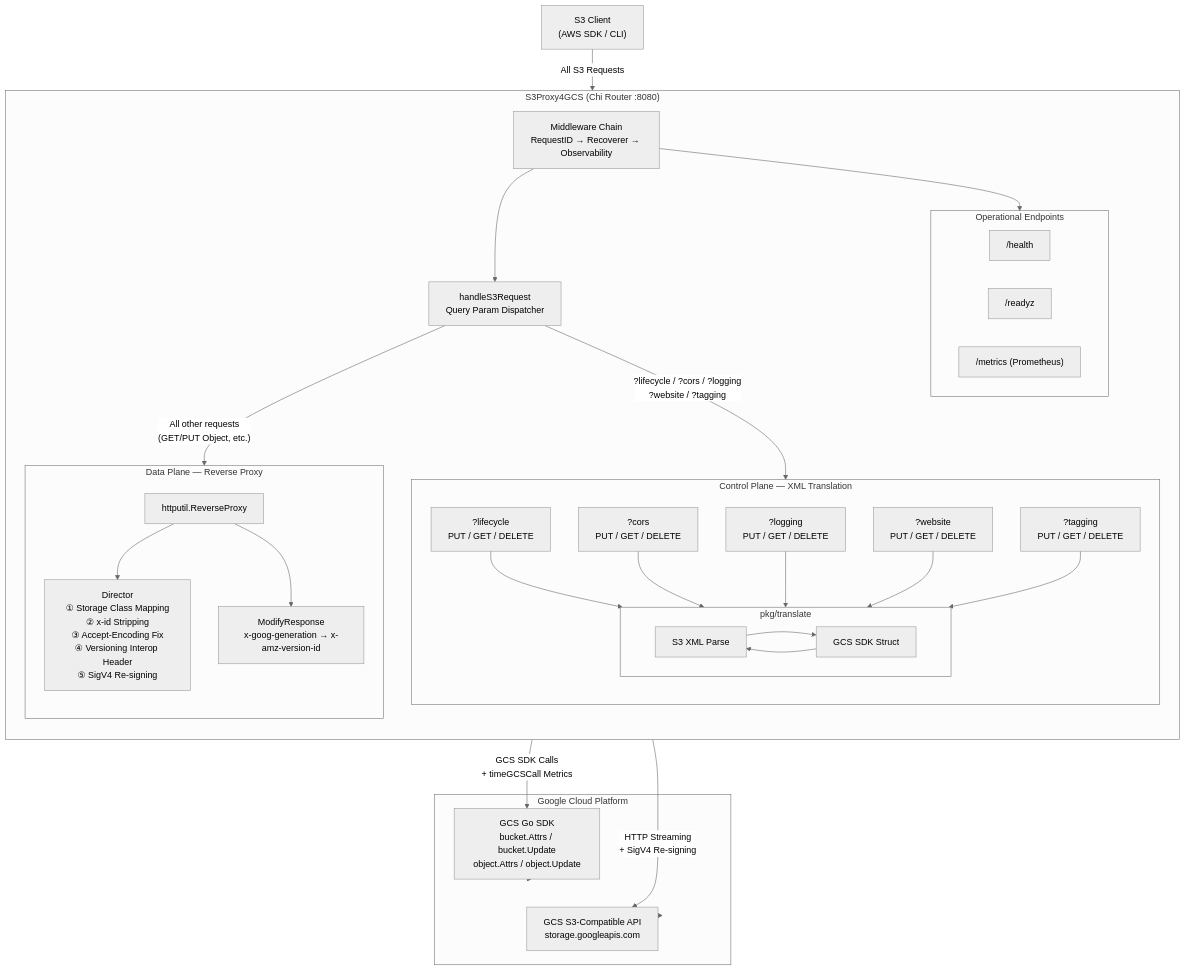
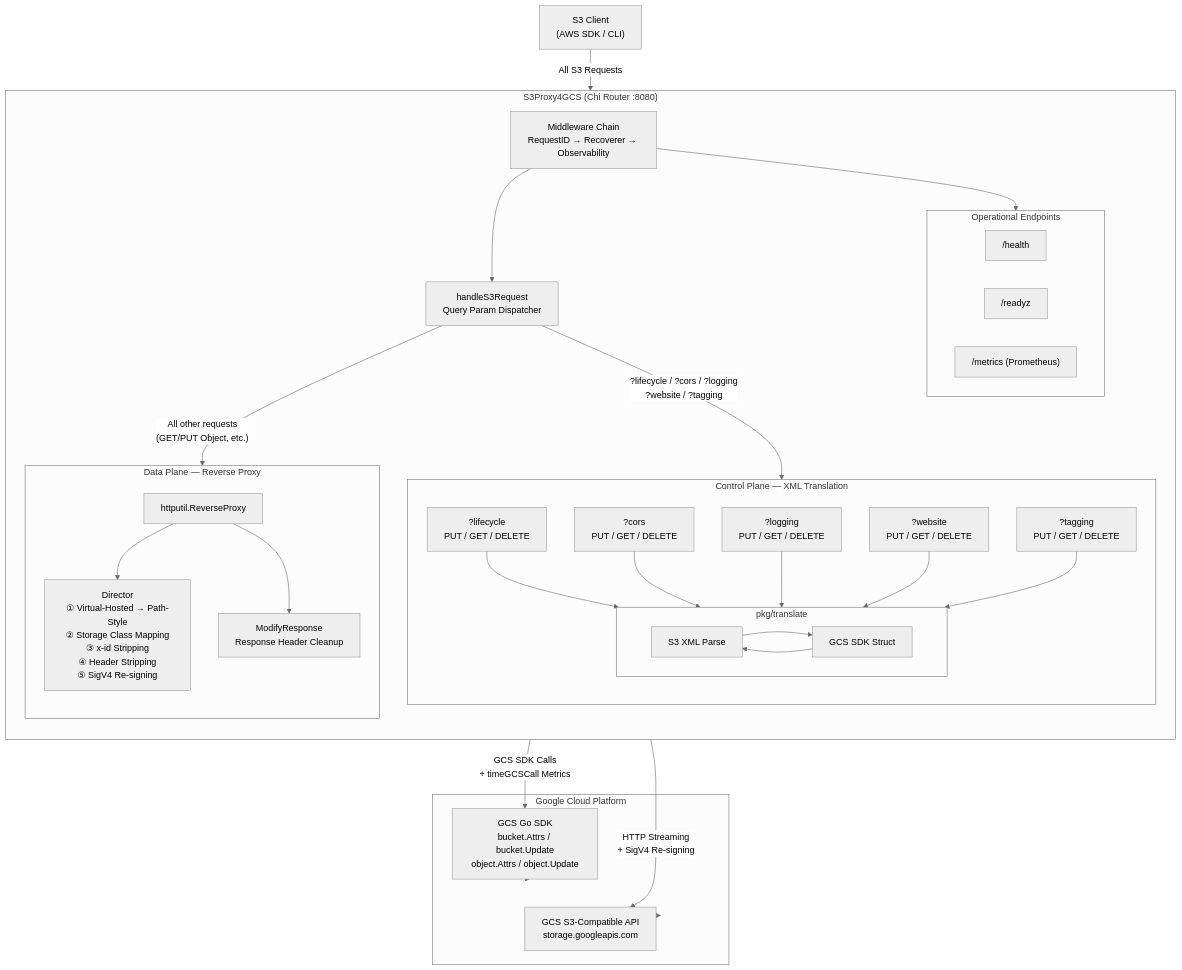
Before and after one commit to flying1574/S3Proxy4GCS: the diagram in README.md, drawn with Mermaid (neutral theme). The commit also changed other lines of this file and 3 other files, not shown here.

````diff
--- a/README.md
+++ b/README.md
@@ -98,67 +52,67 @@
 ```mermaid
 graph TB
     Client["S3 Client<br/>(AWS SDK / CLI)"]
 
     subgraph Proxy["S3Proxy4GCS (Chi Router :8080)"]
         direction TB
 
         MW["Middleware Chain<br/>RequestID → Recoverer → Observability"]
 
         subgraph Ops["Operational Endpoints"]
             Health["/health"]
             Readyz["/readyz"]
             Metrics["/metrics (Prometheus)"]
         end
 
         Router["handleS3Request<br/>Query Param Dispatcher"]
 
         subgraph ControlPlane["Control Plane — XML Translation"]
             direction TB
             LC["?lifecycle<br/>PUT / GET / DELETE"]
             CORS["?cors<br/>PUT / GET / DELETE"]
             LOG["?logging<br/>PUT / GET / DELETE"]
             WEB["?website<br/>PUT / GET / DELETE"]
             TAG["?tagging<br/>PUT / GET / DELETE"]
 
             subgraph Translate["pkg/translate"]
                 S3XML["S3 XML Parse"]
                 GCSJSON["GCS SDK Struct"]
                 S3XML --> GCSJSON
                 GCSJSON --> S3XML
             end
         end
 
         subgraph DataPlane["Data Plane — Reverse Proxy"]
             direction TB
             RP["httputil.ReverseProxy"]
-            Director["Director<br/>① Storage Class Mapping<br/>② x-id Stripping<br/>③ Accept-Encoding Fix<br/>④ Versioning Interop Header<br/>⑤ SigV4 Re-signing"]
-            ModResp["ModifyResponse<br/>x-goog-generation → x-amz-version-id"]
+            Director["Director<br/>① Virtual-Hosted → Path-Style<br/>② Storage Class Mapping<br/>③ x-id Stripping<br/>④ Header Stripping<br/>⑤ SigV4 Re-signing"]
+            ModResp["ModifyResponse<br/>Response Header Cleanup"]
             RP --> Director
             RP --> ModResp
         end
     end
 
     subgraph GCP["Google Cloud Platform"]
         GCSSDK["GCS Go SDK<br/>bucket.Attrs / bucket.Update<br/>object.Attrs / object.Update"]
         GCSS3["GCS S3-Compatible API<br/>storage.googleapis.com"]
     end
 
     Client -->|"All S3 Requests"| MW
     MW --> Router
     MW --> Ops
 
     Router -->|"?lifecycle / ?cors / ?logging<br/>?website / ?tagging"| ControlPlane
     Router -->|"All other requests<br/>(GET/PUT Object, etc.)"| DataPlane
 
     LC --> Translate
     CORS --> Translate
     LOG --> Translate
     WEB --> Translate
     TAG --> Translate
 
     Translate -->|"GCS SDK Calls<br/>+ timeGCSCall Metrics"| GCSSDK
     DataPlane -->|"HTTP Streaming<br/>+ SigV4 Re-signing"| GCSS3
 
     GCSSDK --> GCP
     GCSS3 --> GCP
 ```
````
